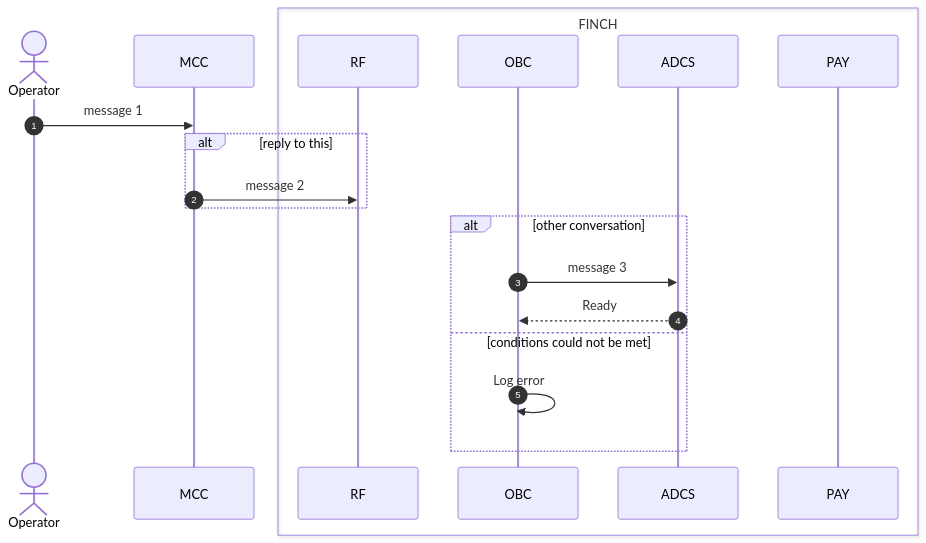
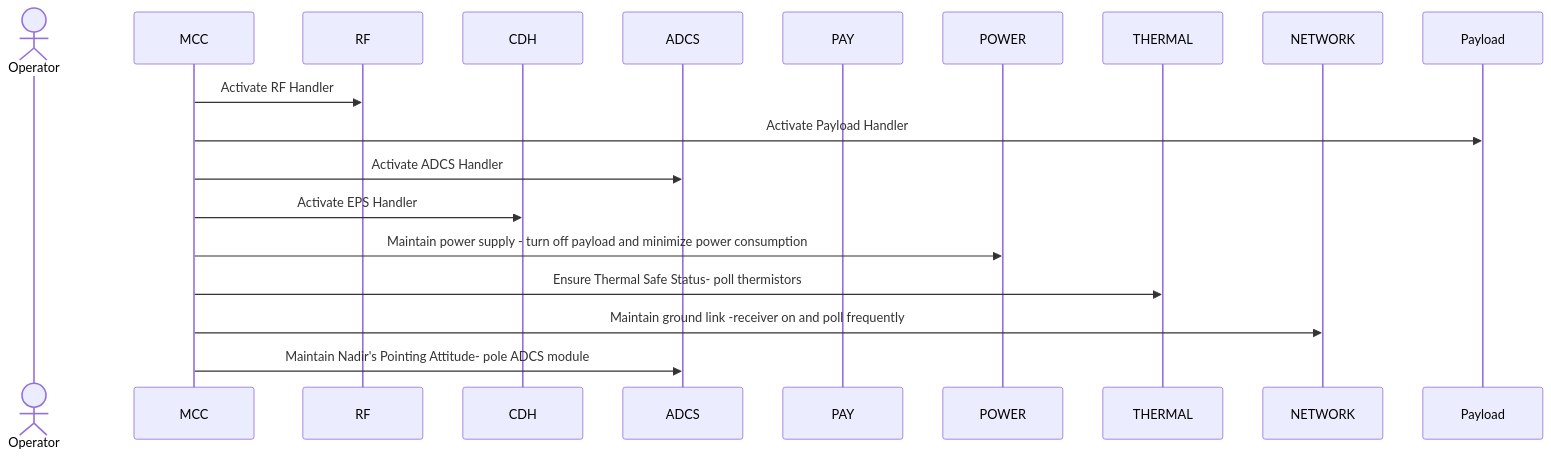
Before and after one commit to utat-ss/FINCH-sequence-diagrams: the diagram in command sequences/safety-command-sequence.md, drawn with Mermaid.

````diff
--- a/command sequences/safety-command-sequence.md
+++ b/command sequences/safety-command-sequence.md
@@ -2,22 +2,21 @@
 ```mermaid
 sequenceDiagram
-autonumber %% numbers the messages 
     Actor Operator
     participant MCC
-    box FINCH
-        participant RF
-        participant OBC
-        participant ADCS
-        participant PAY
-    end
-    Operator->>MCC: message 1
-    alt reply to this
-        MCC->>RF: message 2
-    end
-    alt other conversation
-            OBC->>ADCS: message 3
-            ADCS-->>OBC: Ready
-    else conditions could not be met
-            OBC->>OBC: Log error
-    end
+    participant RF
+    participant CDH
+    participant ADCS
+    participant PAY
+    participant POWER
+    participant THERMAL
+    participant NETWORK
+    MCC ->> RF: Activate RF Handler
+    MCC ->> Payload: Activate Payload Handler
+    MCC ->> ADCS: Activate ADCS Handler
+    MCC ->> CDH: Activate EPS Handler 
+    MCC ->> POWER: Maintain power supply - turn off payload and minimize power consumption 
+    MCC ->> THERMAL: Ensure Thermal Safe Status- poll thermistors
+    MCC ->> NETWORK: Maintain ground link -receiver on and poll frequently
+    MCC ->> ADCS: Maintain Nadir's Pointing Attitude- pole ADCS module
+    
 ```
````
